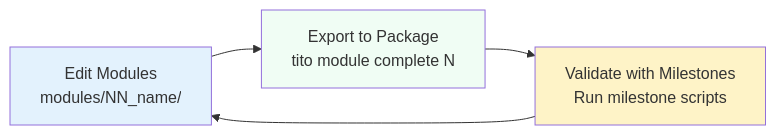
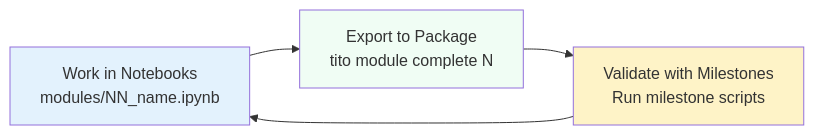
One commit to MLSysBook/TinyTorch changed the diagram in site/student-workflow.md. Above: the diagram before and after it, drawn with Mermaid. The commit also changed other lines of this file and 6 other files, not shown here.

````diff
--- a/site/student-workflow.md
+++ b/site/student-workflow.md
@@ -9,10 +9,10 @@
 ```{mermaid}
 graph LR
-    A[Edit Modules<br/>modules/NN_name/] --> B[Export to Package<br/>tito module complete N]
+    A[Work in Notebooks<br/>modules/NN_name.ipynb] --> B[Export to Package<br/>tito module complete N]
     B --> C[Validate with Milestones<br/>Run milestone scripts]
     C --> A
 
     style A fill:#e3f2fd
     style B fill:#f0fdf4
     style C fill:#fef3c7
 ```
````
